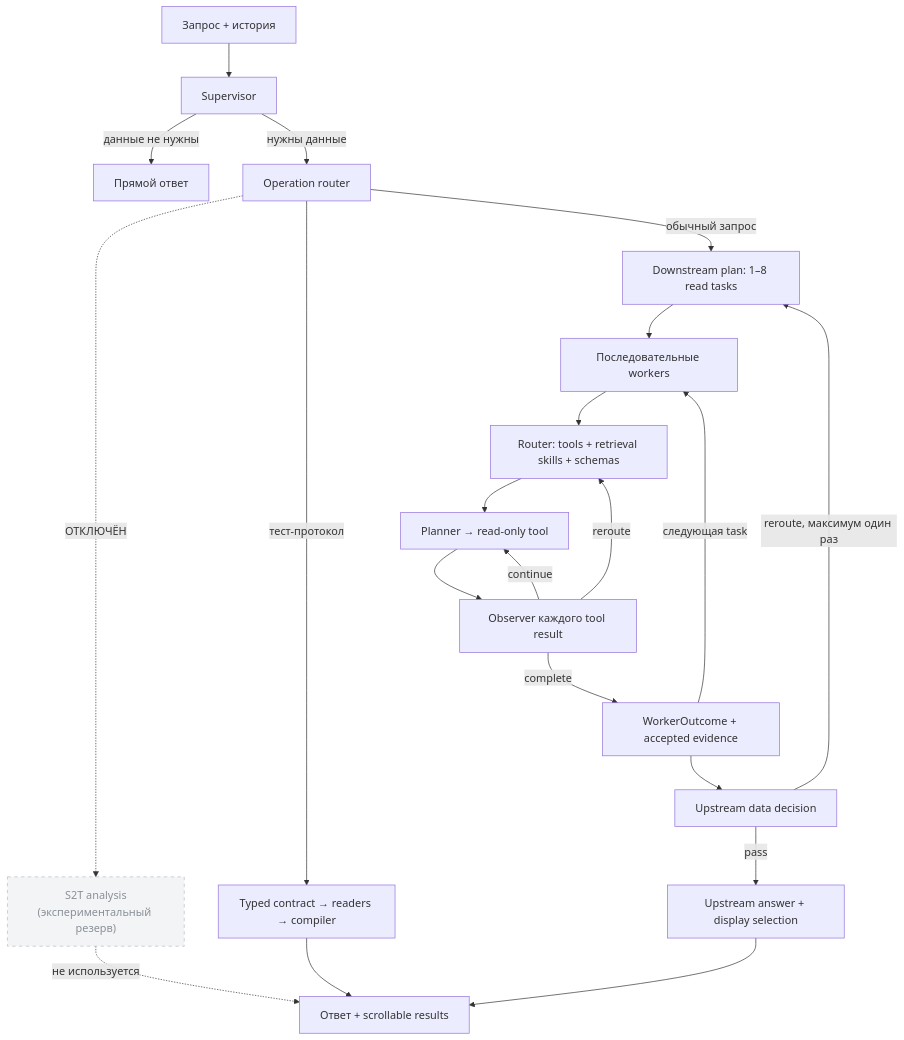
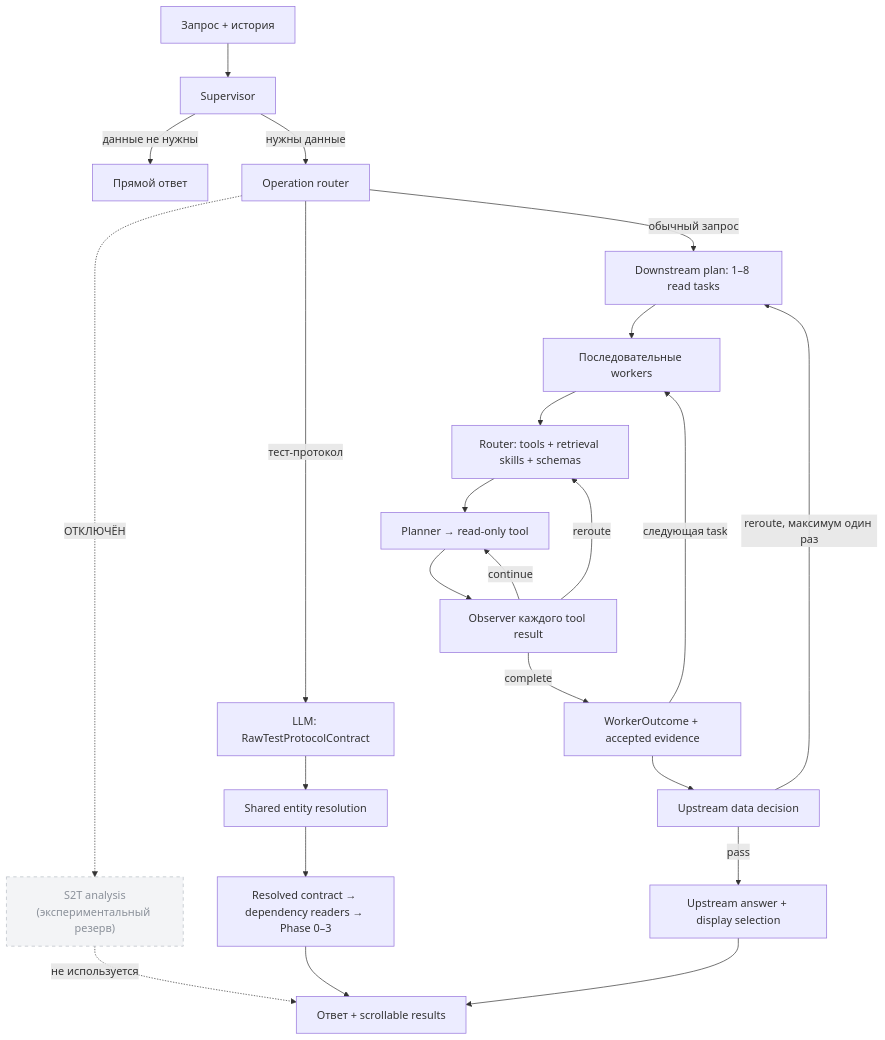
One commit to Sasyami/ETL-S2T-Parser changed the second of 2 diagrams in README.md. Above: the diagram before and after it, drawn with Mermaid. The commit also changed other lines of this file and 37 other files, not shown here.

Commit message:
feat: implement deterministic validation and entity resolution

````diff
--- a/README.md
+++ b/README.md
@@ -63,24 +63,26 @@
 ```mermaid
 flowchart TD
     Q["Запрос + история"] --> S["Supervisor"]
     S -->|данные не нужны| A["Прямой ответ"]
     S -->|нужны данные| OR["Operation router"]
     OR -->|обычный запрос| C["Downstream plan: 1–8 read tasks"]
     C --> W["Последовательные workers"]
     W --> R["Router: tools + retrieval skills + schemas"]
     R --> P["Planner → read-only tool"]
     P --> O["Observer каждого tool result"]
     O -->|continue| P
     O -->|reroute| R
     O -->|complete| F["WorkerOutcome + accepted evidence"]
     F -->|следующая task| W
     F --> U["Upstream data decision"]
     U -->|reroute, максимум один раз| C
     U -->|pass| UA["Upstream answer + display selection"]
     OR -.->|ОТКЛЮЧЁН| SC["S2T analysis<br/>(экспериментальный резерв)"]
-    OR -->|тест-протокол| VC["Typed contract → readers → compiler"]
+    OR -->|тест-протокол| VRAW["LLM: RawTestProtocolContract"]
+    VRAW --> VRES["Shared entity resolution"]
+    VRES --> VC["Resolved contract → dependency readers → Phase 0–3"]
     SC -.->|не используется| UI["Ответ + scrollable results"]
     VC --> UI
     UA --> UI
     style SC fill:#f3f4f6,stroke:#b6bbc3,color:#8a9099,stroke-width:1px,stroke-dasharray:5 5
 ```
````
